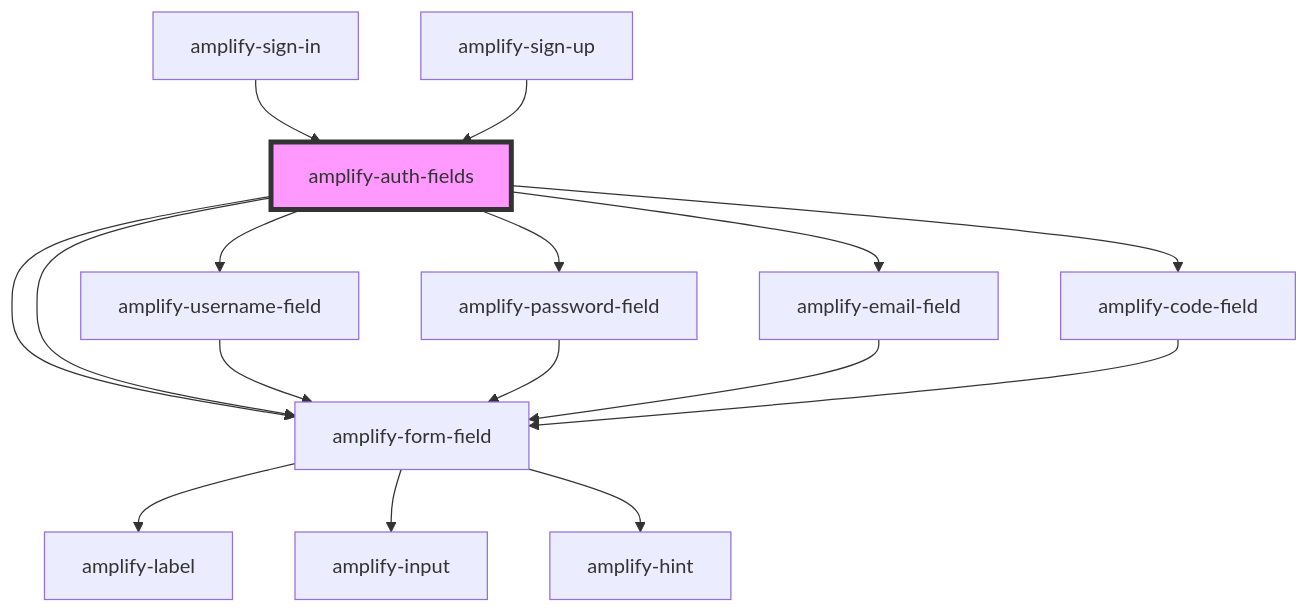
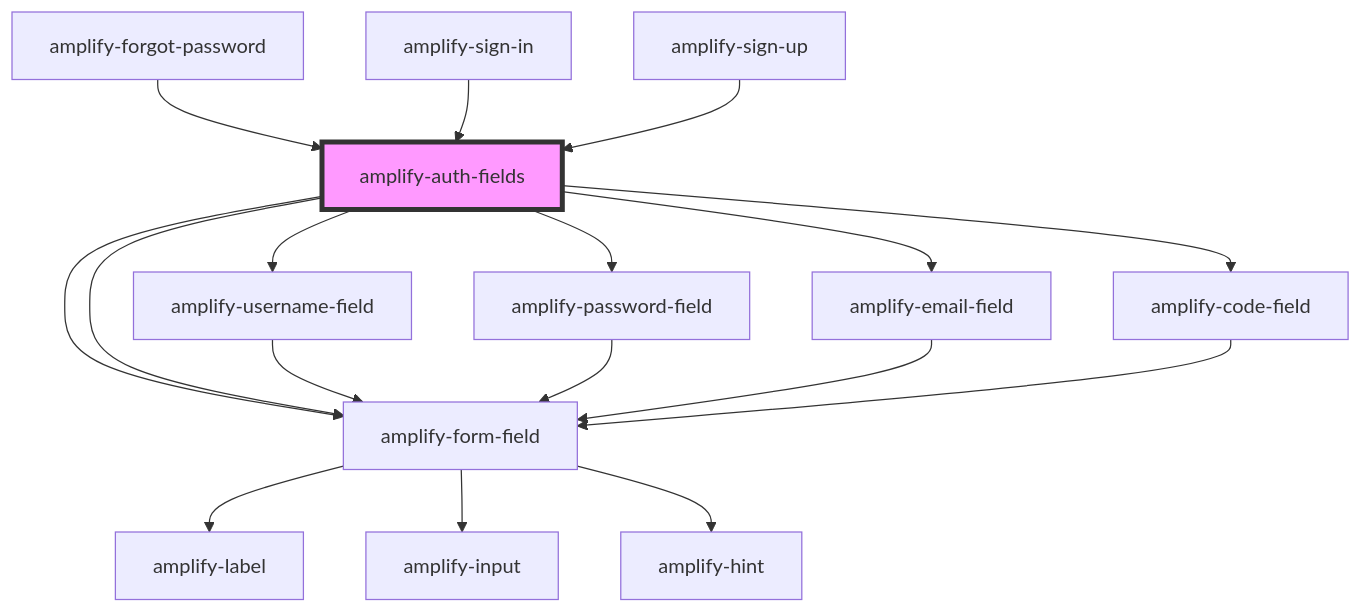
One commit to aws-amplify/amplify-js changed the diagram in packages/amplify-ui-components/src/components/amplify-auth-fields/readme.md. Above: the diagram before and after it, drawn with Mermaid. The commit also changed other lines of this file and 41 other files, not shown here.

First line of the commit message:
feat:(@aws-amplify/ui-components) amplify-forgot-password component (#4238)

````diff
--- a/packages/amplify-ui-components/src/components/amplify-auth-fields/readme.md
+++ b/packages/amplify-ui-components/src/components/amplify-auth-fields/readme.md
@@ -32,19 +33,20 @@
 ```mermaid
 graph TD;
   amplify-auth-fields --> amplify-username-field
   amplify-auth-fields --> amplify-password-field
   amplify-auth-fields --> amplify-email-field
   amplify-auth-fields --> amplify-code-field
   amplify-auth-fields --> amplify-form-field
   amplify-auth-fields --> amplify-form-field
   amplify-username-field --> amplify-form-field
   amplify-form-field --> amplify-label
   amplify-form-field --> amplify-input
   amplify-form-field --> amplify-hint
   amplify-password-field --> amplify-form-field
   amplify-email-field --> amplify-form-field
   amplify-code-field --> amplify-form-field
+  amplify-forgot-password --> amplify-auth-fields
   amplify-sign-in --> amplify-auth-fields
   amplify-sign-up --> amplify-auth-fields
   style amplify-auth-fields fill:#f9f,stroke:#333,stroke-width:4px
 ```
````
